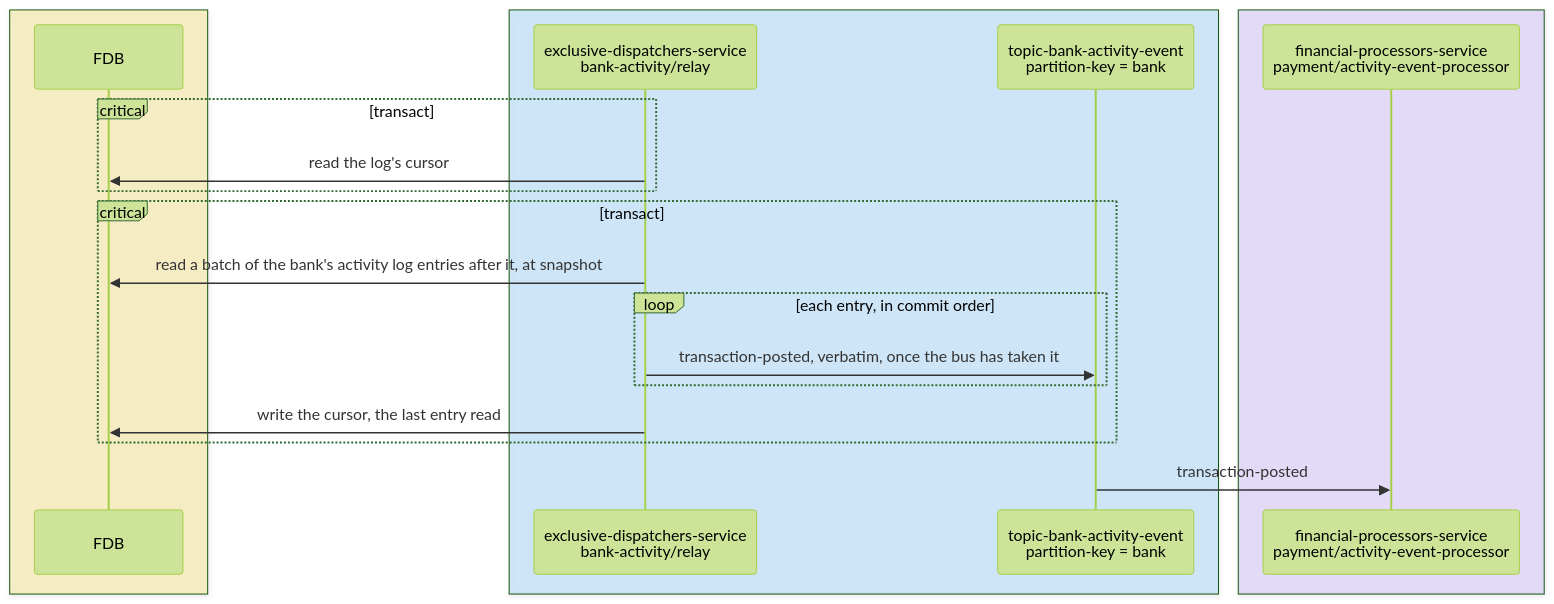
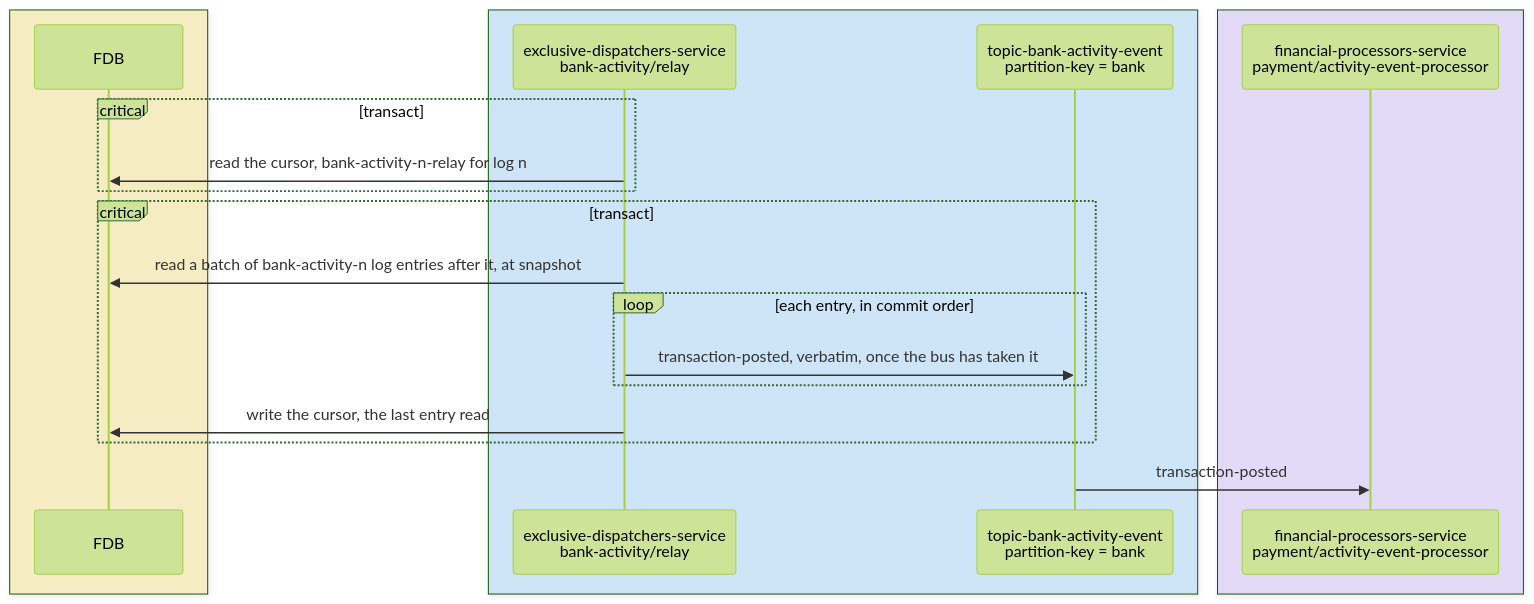
The fourth of 7 diagrams in docs/tdd/payments-internal.md (repldriven/queenswood), drawn with Mermaid (forest theme) before and after one commit. The commit also changed other lines of this file, not shown here.

Commit message:
Name each relay's cursor the same way

````diff
--- a/docs/tdd/payments-internal.md
+++ b/docs/tdd/payments-internal.md
@@ -226,24 +226,24 @@
 ```mermaid
 sequenceDiagram
     box rgba(255, 236, 153, 0.5)
     participant DB as FDB
     end
     box rgba(165, 216, 255, 0.45)
     participant AR as exclusive-dispatchers-service<br/>bank-activity/relay
     participant AE as topic-bank-activity-event<br/>partition-key = bank
     end
     box rgba(208, 191, 255, 0.45)
     participant AP as financial-processors-service<br/>payment/activity-event-processor
     end
     critical transact
-    AR->>DB: read the log's cursor
+    AR->>DB: read the cursor, bank-activity-n-relay for log n
     end
     critical transact
-    AR->>DB: read a batch of the bank's activity log entries after it, at snapshot
+    AR->>DB: read a batch of bank-activity-n log entries after it, at snapshot
     loop each entry, in commit order
     AR->>AE: transaction-posted, verbatim, once the bus has taken it
     end
     AR->>DB: write the cursor, the last entry read
     end
     AE->>AP: transaction-posted
 ```
````
